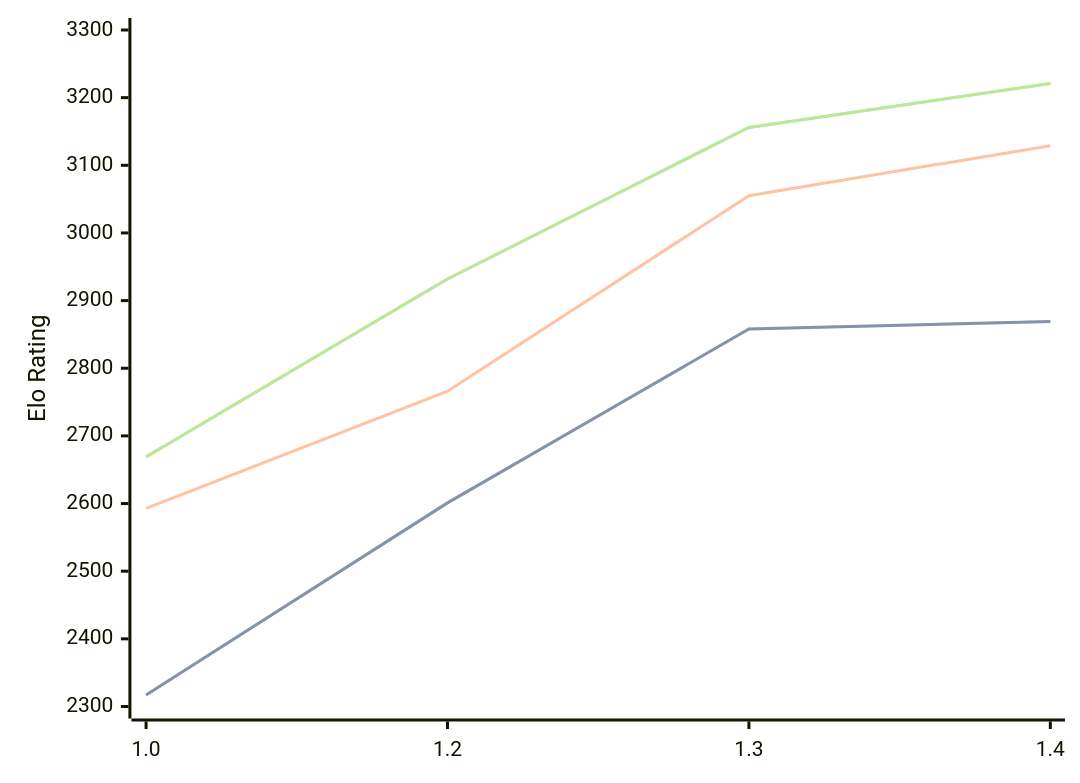
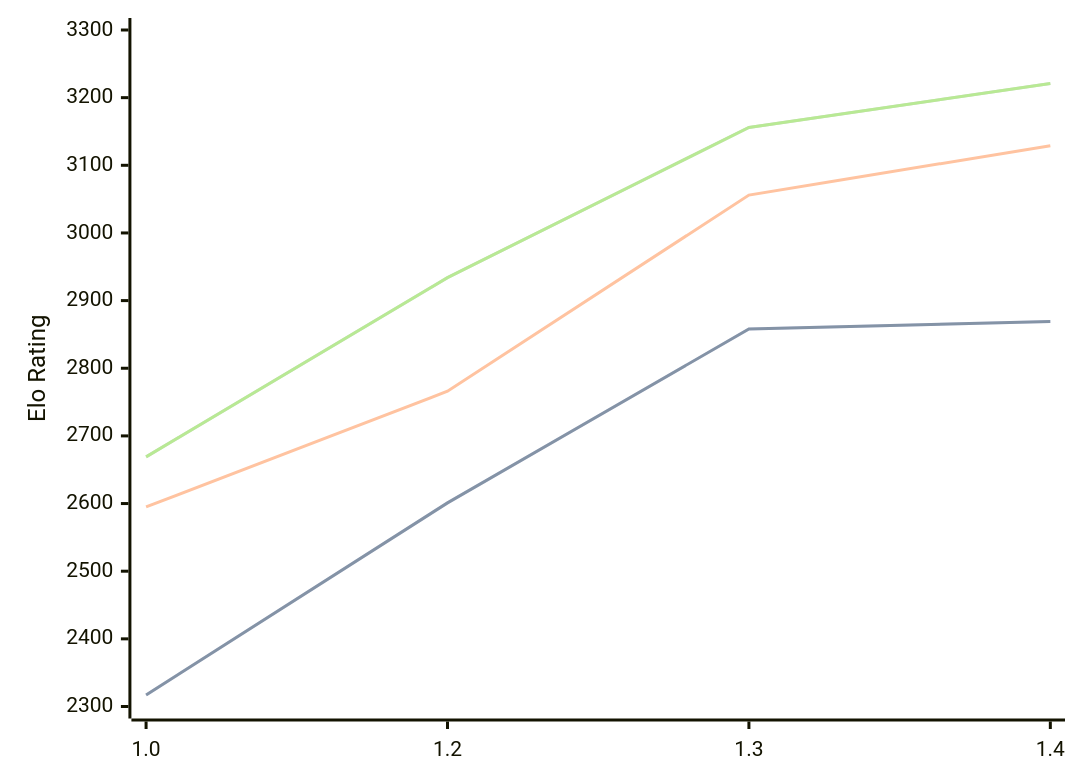
One commit to computer-chess-index/cci changed the first of 3 diagrams in engines/Chessnix.md. Above: the diagram before and after it, drawn with Mermaid. The commit also changed other lines of this file, not shown here.

Commit message:
Update CCI Ratings (ELO VLTC) - 2026-07-13

````diff
--- a/engines/Chessnix.md
+++ b/engines/Chessnix.md
@@ -36,11 +36,11 @@
 ```mermaid
 %%{init: {"theme":"base","themeVariables":{"seriesColors:['#a3a3a3','#222221','#faa371']}}}%%
 xychart-beta
   x-axis ["1.0", "1.2", "1.3", "1.4"]
   y-axis "Elo Rating" 2300 --> 3300
   line "STC (8.0+0.08s)" [2317, 2601, 2858, 2869]
   line "STC (8.0+0.08s)" [2317, 2601, 2858, 2869]
-  line "LTC (60.0+0.60s)" [2593, 2766, 3055, 3129]
-  line "VLTC (2m24s+1.12s)" [2669, 2932, 3156, 3221]
-  line "VLTC (2m24s+1.12s)" [2669, 2932, 3156, 3221]
+  line "LTC (60.0+0.60s)" [2595, 2766, 3056, 3129]
+  line "VLTC (2m24s+1.12s)" [2669, 2934, 3156, 3221]
+  line "VLTC (2m24s+1.12s)" [2669, 2934, 3156, 3221]
 ```
````
